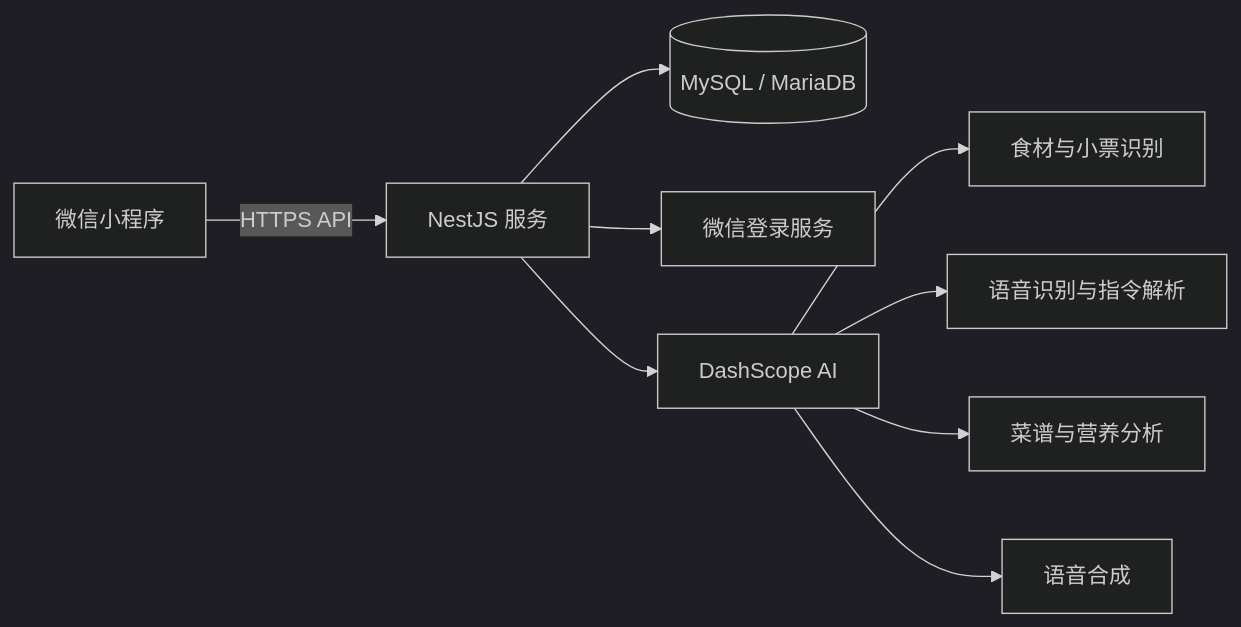
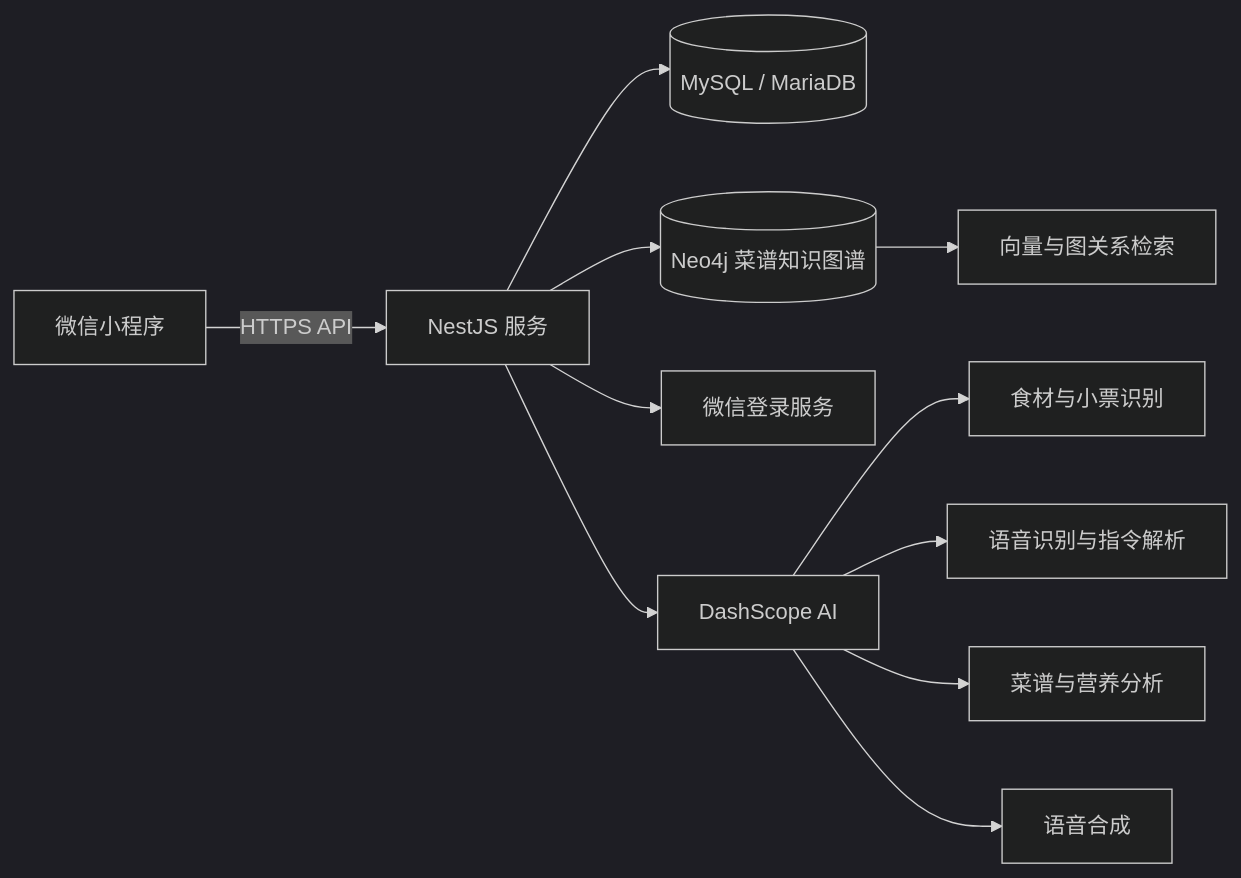
Before and after one commit to MaoYangcode/FreshFoodArchive: the diagram in README.md, drawn with Mermaid (dark theme). The commit also changed other lines of this file and 27 other files, not shown here.

````diff
--- a/README.md
+++ b/README.md
@@ -65,11 +65,13 @@
 ```mermaid
 flowchart LR
     A[微信小程序] -->|HTTPS API| B[NestJS 服务]
     B --> C[(MySQL / MariaDB)]
+    B --> K[(Neo4j 菜谱知识图谱)]
+    K --> V[向量与图关系检索]
     B --> D[微信登录服务]
     B --> E[DashScope AI]
     E --> E1[食材与小票识别]
     E --> E2[语音识别与指令解析]
     E --> E3[菜谱与营养分析]
     E --> E4[语音合成]
 ```
````
